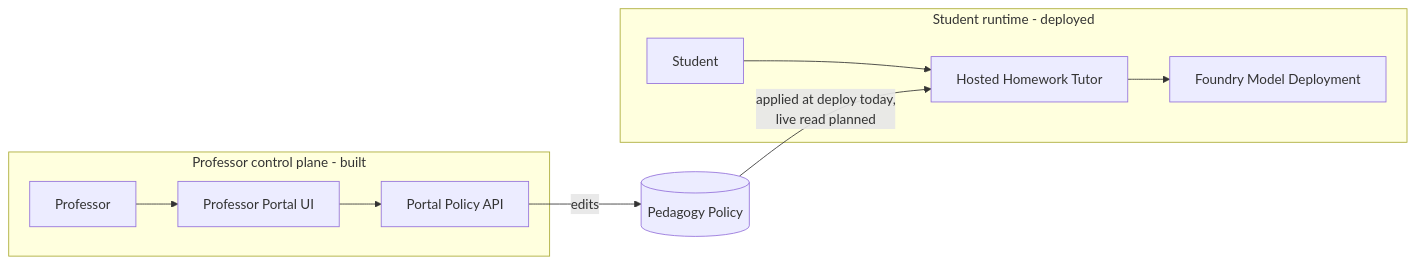
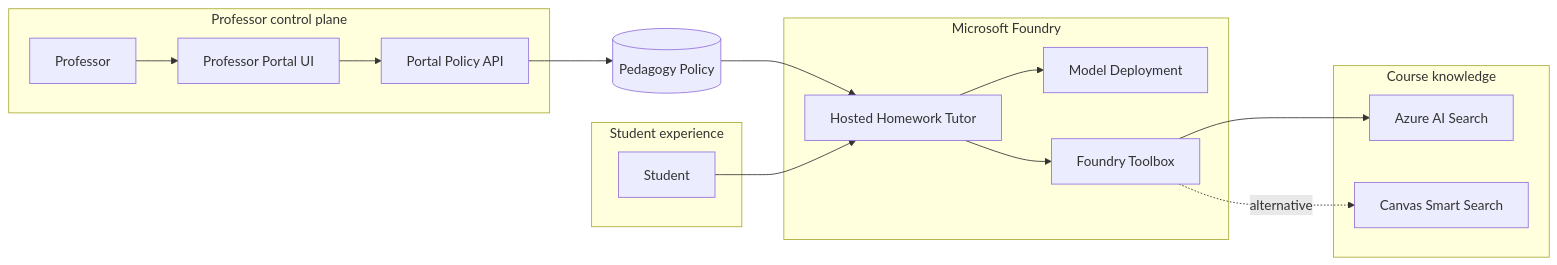
The first of 2 diagrams in docs/architecture.md (dbruun/edu-cohort-homework), drawn with Mermaid before and after one commit. The commit also changed other lines of this file, not shown here.

Commit message:
Revise architecture documentation to clarify system components and their interactions; enhance descriptions of the professor portal, hosted tutor agent, and knowledge layer for improved understanding.

````diff
--- a/docs/architecture.md
+++ b/docs/architecture.md
@@ -12,14 +11,34 @@
 ```mermaid
 flowchart LR
-  subgraph Runtime[Student runtime - deployed]
-    Student[Student] --> Agent[Hosted Homework Tutor]
-    Agent --> Model[Foundry Model Deployment]
+  subgraph Students[Student experience]
+    Student[Student]
   end
-  subgraph Control[Professor control plane - built]
-    Professor[Professor] --> Portal[Professor Portal UI]
-    Portal --> API[Portal Policy API]
+
+  subgraph Foundry[Microsoft Foundry]
+    Agent[Hosted Homework Tutor]
+    Model[Model Deployment]
+    Toolbox[Foundry Toolbox]
+    Agent --> Model
+    Agent --> Toolbox
   end
+
+  subgraph Control[Professor control plane]
+    Professor[Professor]
+    Portal[Professor Portal UI]
+    API[Portal Policy API]
+    Professor --> Portal --> API
+  end
+
   Policy[(Pedagogy Policy)]
-  API -->|edits| Policy
-  Policy -->|applied at deploy today,<br/>live read planned| Agent
+  API --> Policy
+  Policy --> Agent
+
+  subgraph Knowledge[Course knowledge]
+    Search[Azure AI Search]
+    Canvas[Canvas Smart Search]
+  end
+  Toolbox --> Search
+  Toolbox -. alternative .-> Canvas
+
+  Student --> Agent
 ```
````
